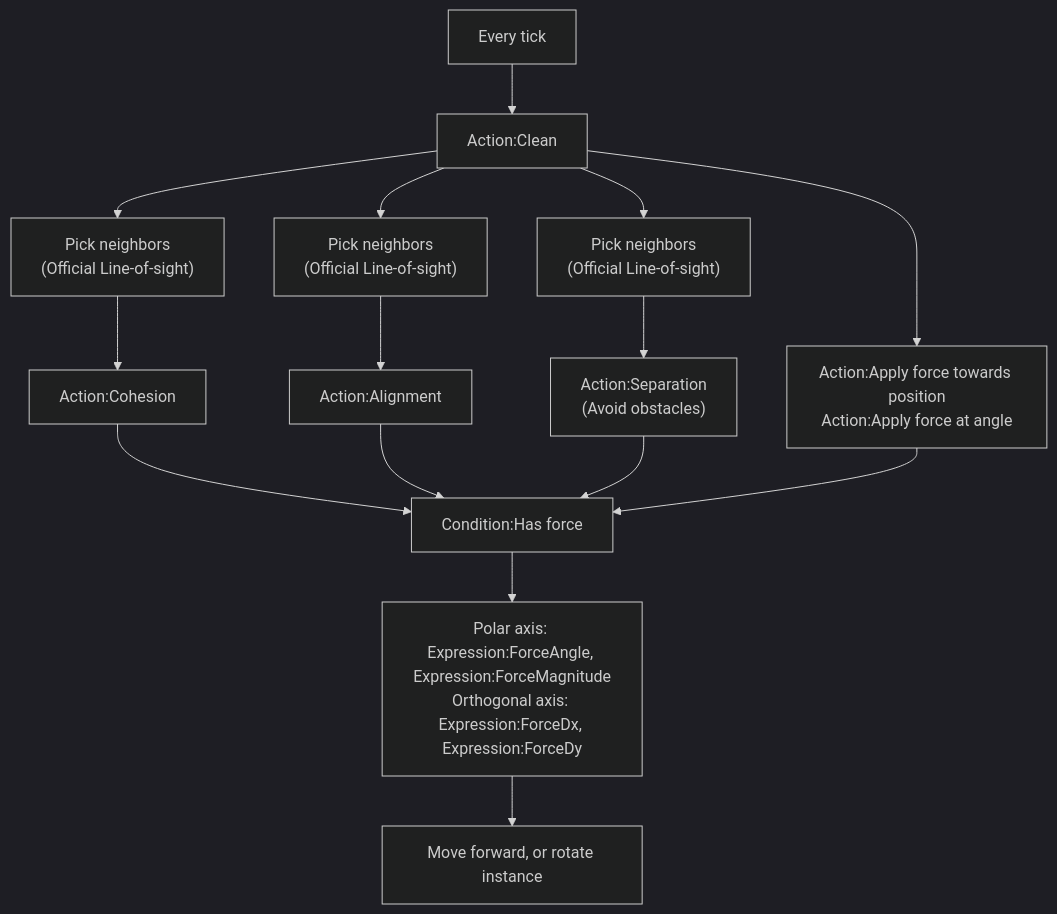
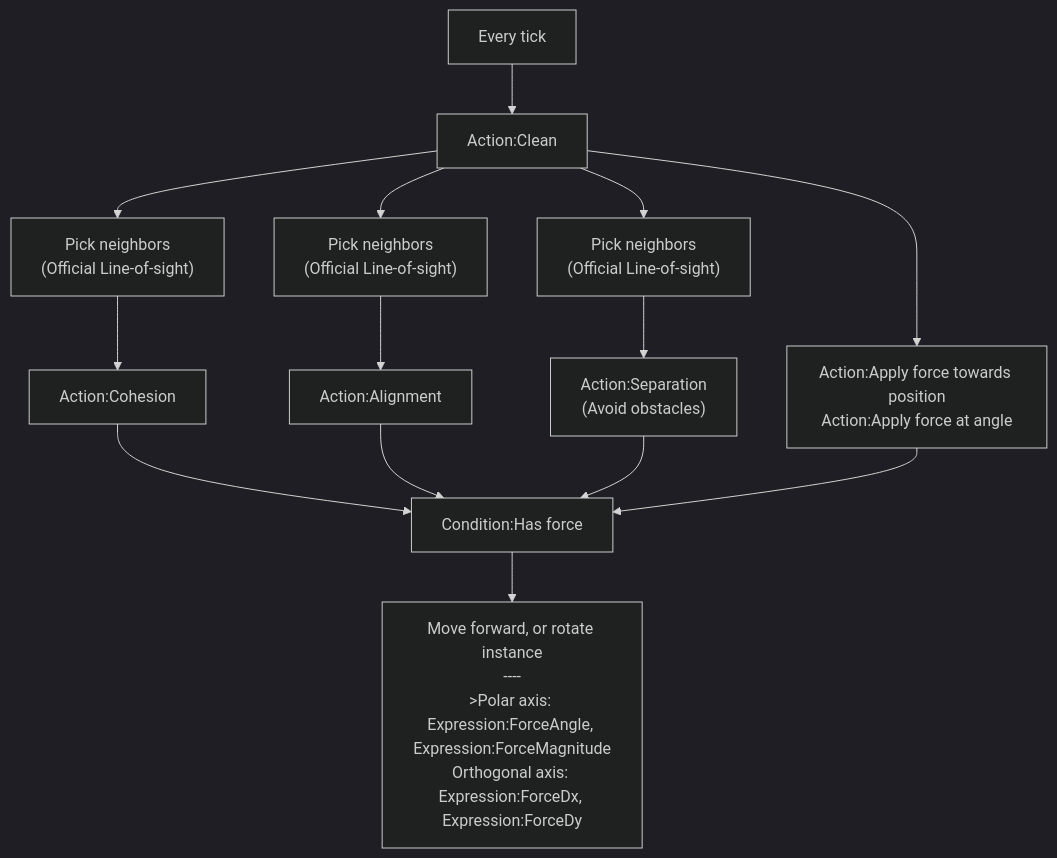
Before and after one commit to Jayed2016/C3RexDoc: the diagram in plugins.md/rex_boids.md, drawn with Mermaid (dark theme). The commit also changed 1 other file, not shown here.

````diff
--- a/plugins.md/rex_boids.md
+++ b/plugins.md/rex_boids.md
@@ -30,21 +30,19 @@
 ```mermaid
 graph TB
 
 everyTick["Every tick"] --> cleanForce
 cleanForce["Action:Clean"] --> pickNeighbors0["Pick neighbors<br>(Official Line-of-sight)"]
 pickNeighbors0 --> addCohesion["Action:Cohesion"]
 cleanForce --> pickNeighbors1["Pick neighbors<br>(Official Line-of-sight)"]
 pickNeighbors1 --> addAlignment["Action:Alignment"]
 cleanForce --> pickNeighbors2["Pick neighbors<br>(Official Line-of-sight)"]
 pickNeighbors2 --> addSeparation["Action:Separation<br>(Avoid obstacles)"]
 cleanForce--> addForce["Action:Apply force towards position<br>Action:Apply force at angle"]
 
 addCohesion --> hasForce["Condition:Has force"]
 addAlignment --> hasForce
 addSeparation --> hasForce
 addForce --> hasForce
 
-hasForce --> expForce["Polar axis: Expression:ForceAngle, Expression:ForceMagnitude<br>Orthogonal axis: Expression:ForceDx, Expression:ForceDy"]
-
-expForce --> driverInstance["Move forward, or rotate instance"]
+hasForce --> expForce["Move forward, or rotate instance<br>----<br>>Polar axis: Expression:ForceAngle, Expression:ForceMagnitude<br>Orthogonal axis: Expression:ForceDx, Expression:ForceDy"]
 ```
````
